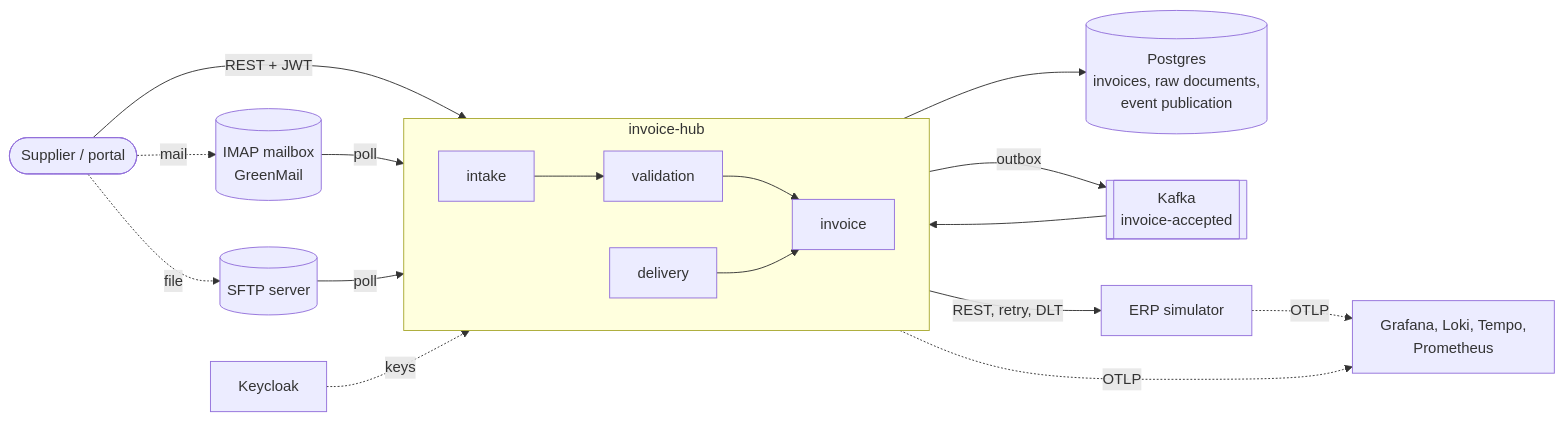
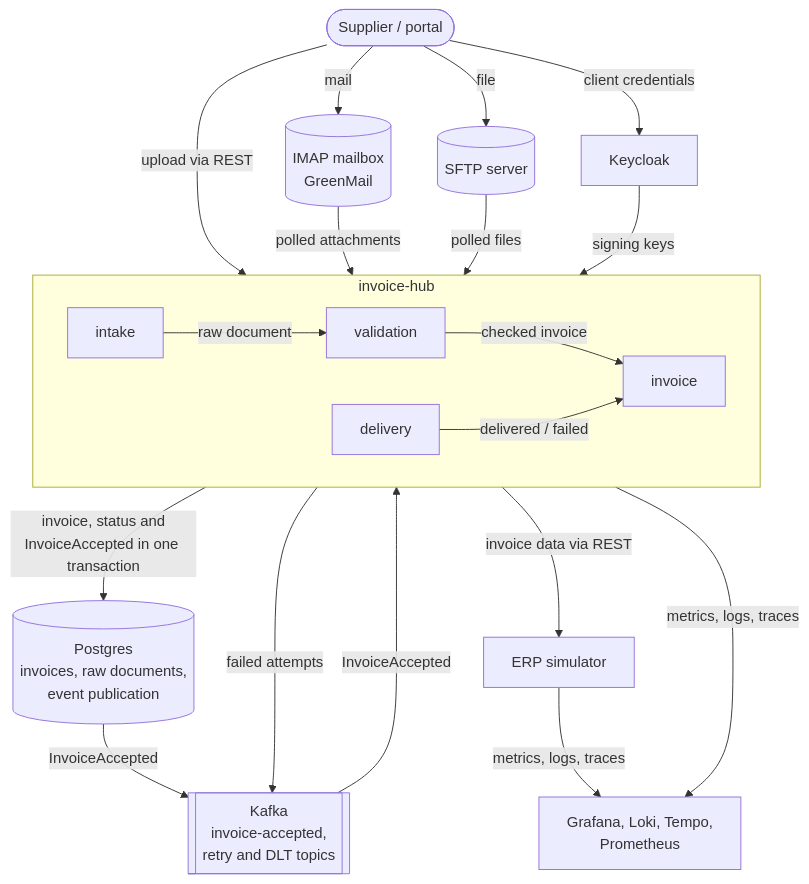
The second of 2 diagrams in README.md (manuscode/e-invoice-hub), drawn with Mermaid before and after one commit. The commit also changed other lines of this file, not shown here.

Commit message:
Show architecture as data flow

````diff
--- a/README.md
+++ b/README.md
@@ -45,31 +47,34 @@
 ```mermaid
-flowchart LR
+flowchart TB
     supplier([Supplier / portal])
     mailbox[(IMAP mailbox<br/>GreenMail)]
     sftp[(SFTP server)]
     keycloak[Keycloak]
 
     subgraph hub [invoice-hub]
         direction LR
-        intake --> validation --> invoice
-        delivery --> invoice
+        intake -- raw document --> validation
+        validation -- checked invoice --> invoice
+        delivery -- delivered / failed --> invoice
     end
 
     postgres[(Postgres<br/>invoices, raw documents,<br/>event publication)]
-    kafka[[Kafka<br/>invoice-accepted]]
+    kafka[[Kafka<br/>invoice-accepted,<br/>retry and DLT topics]]
     erp[ERP simulator]
     lgtm[Grafana, Loki, Tempo,<br/>Prometheus]
 
-    supplier -- REST + JWT --> intake
-    supplier -. mail .-> mailbox
-    supplier -. file .-> sftp
-    mailbox -- poll --> intake
-    sftp -- poll --> intake
-    keycloak -. keys .-> hub
-    invoice --> postgres
-    invoice -- outbox --> kafka
-    kafka --> delivery
-    delivery -- REST, retry, DLT --> erp
-    hub -. OTLP .-> lgtm
-    erp -. OTLP .-> lgtm
+    supplier -- upload via REST --> intake
+    supplier -- mail --> mailbox
+    supplier -- file --> sftp
+    mailbox -- polled attachments --> intake
+    sftp -- polled files --> intake
+    supplier -- client credentials --> keycloak
+    keycloak -- signing keys --> hub
+    invoice -- invoice, status and<br/>InvoiceAccepted in one transaction --> postgres
+    postgres -- InvoiceAccepted --> kafka
+    kafka -- InvoiceAccepted --> delivery
+    delivery -- failed attempts --> kafka
+    delivery -- invoice data via REST --> erp
+    hub -- metrics, logs, traces --> lgtm
+    erp -- metrics, logs, traces --> lgtm
 ```
````
